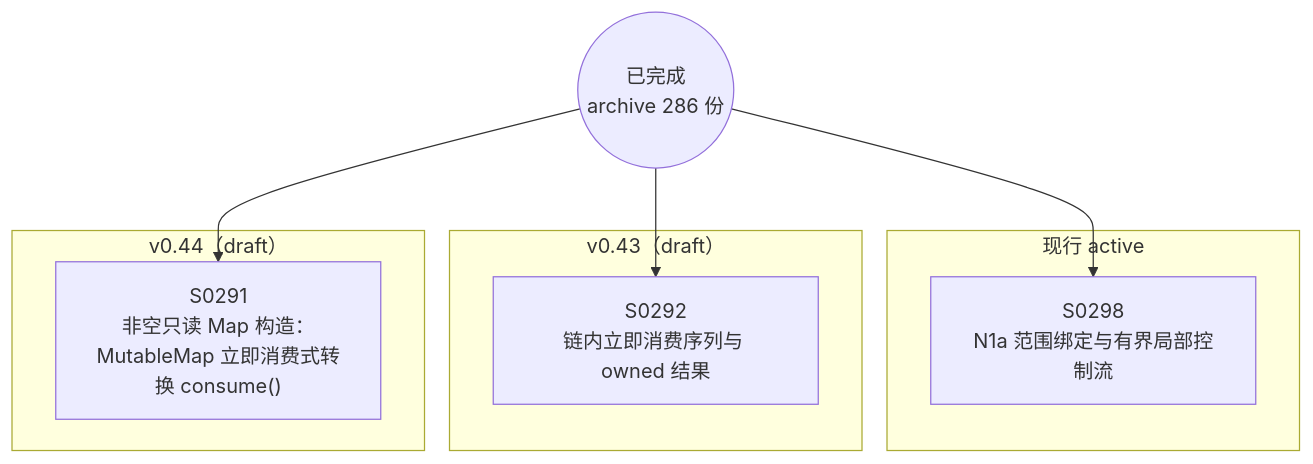
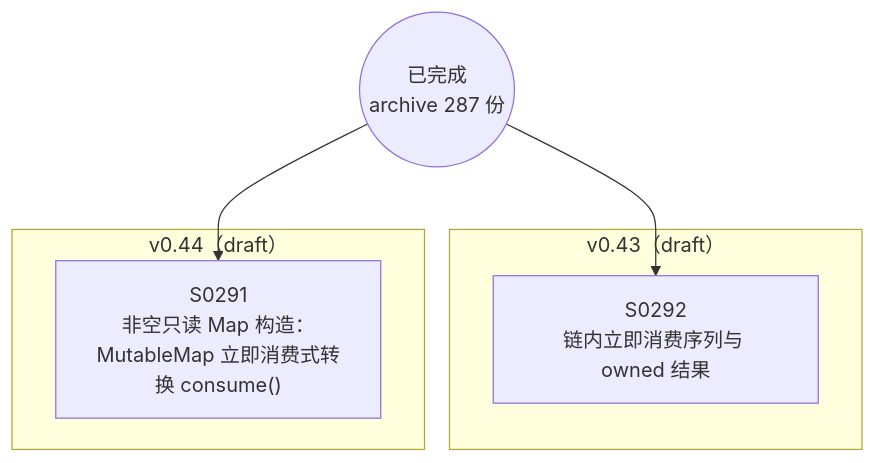
Before and after one commit to Halckon/Koven: the diagram in docs/specs/dependency-graph.md, drawn with Mermaid. The commit also changed other lines of this file and 11 other files, not shown here.

````diff
--- a/docs/specs/dependency-graph.md
+++ b/docs/specs/dependency-graph.md
@@ -9,16 +9,12 @@
 ```mermaid
 flowchart TD
-ARCH(("已完成<br/>archive 286 份"))
-subgraph Gactive["现行 active"]
-  S0298["S0298<br/>N1a 范围绑定与有界局部控制流"]
-end
+ARCH(("已完成<br/>archive 287 份"))
 subgraph Gdrafts_v043["v0.43（draft）"]
   S0292["S0292<br/>链内立即消费序列与 owned 结果"]
 end
 subgraph Gdrafts_v044["v0.44（draft）"]
   S0291["S0291<br/>非空只读 Map 构造：MutableMap 立即消费式转换 consume()"]
 end
 ARCH --> S0291
 ARCH --> S0292
-ARCH --> S0298
 ```
````
